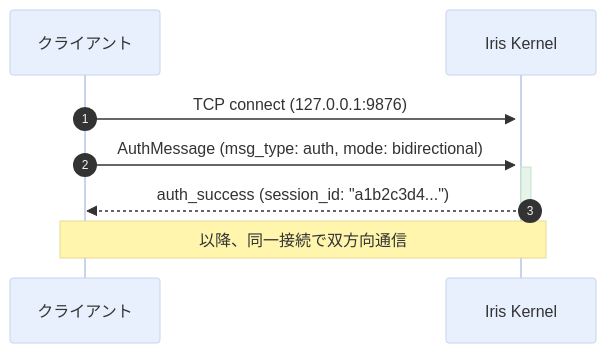
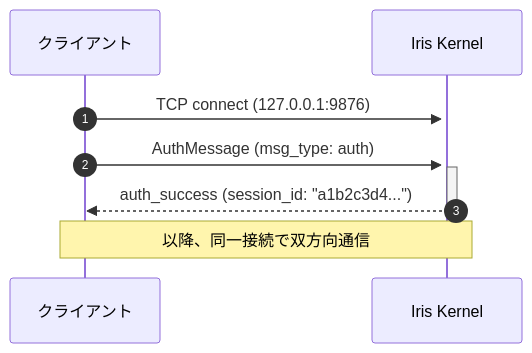
Before and after one commit to ibukani/iris-mind: the first of 5 diagrams in docs/ipc-spec.md, drawn with Mermaid. The commit also changed other lines of this file and 25 other files, not shown here.

````diff
--- a/docs/ipc-spec.md
+++ b/docs/ipc-spec.md
@@ -67,19 +64,11 @@
 ```mermaid
----
-config:
-  theme: base
-  themeVariables:
-    primaryColor: "#e8f0fe"
-    secondaryColor: "#e6f4ea"
-    tertiaryColor: "#fce8e6"
----
 sequenceDiagram
     autonumber
     participant Client as クライアント
     participant Kernel as Iris Kernel
 
     Client->>+Kernel: TCP connect (127.0.0.1:9876)
-    Client->>+Kernel: AuthMessage (msg_type: auth, mode: bidirectional)
+    Client->>+Kernel: AuthMessage (msg_type: auth)
     Kernel-->>-Client: auth_success (session_id: "a1b2c3d4...")
     Note over Client,Kernel: 以降、同一接続で双方向通信
 ```
````
